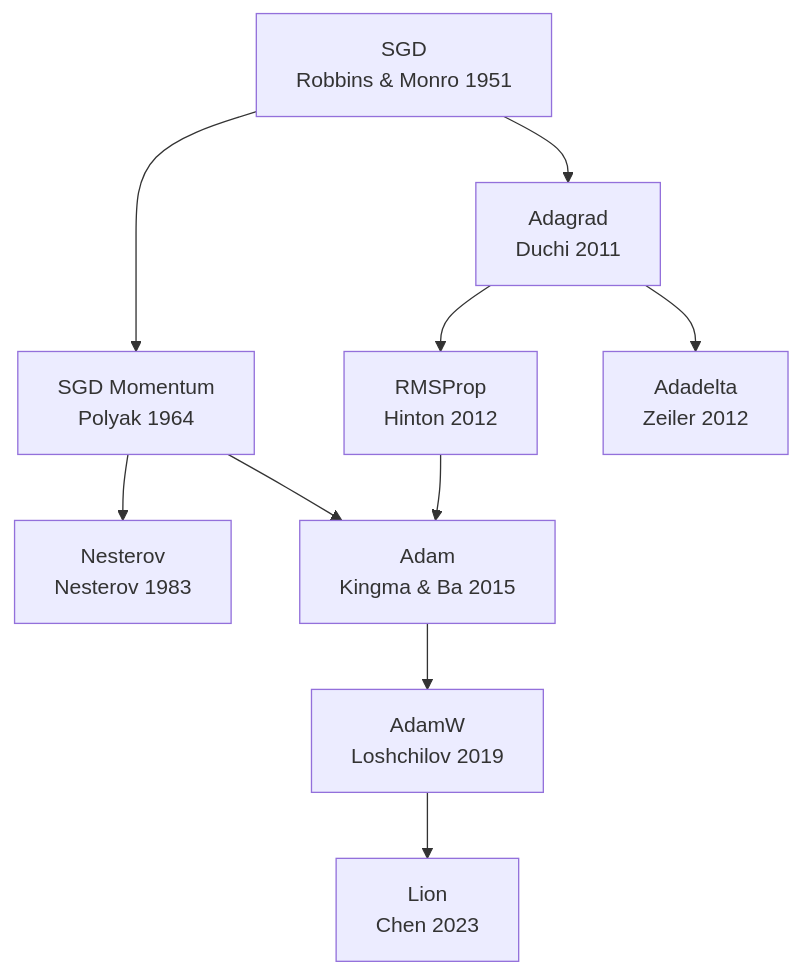
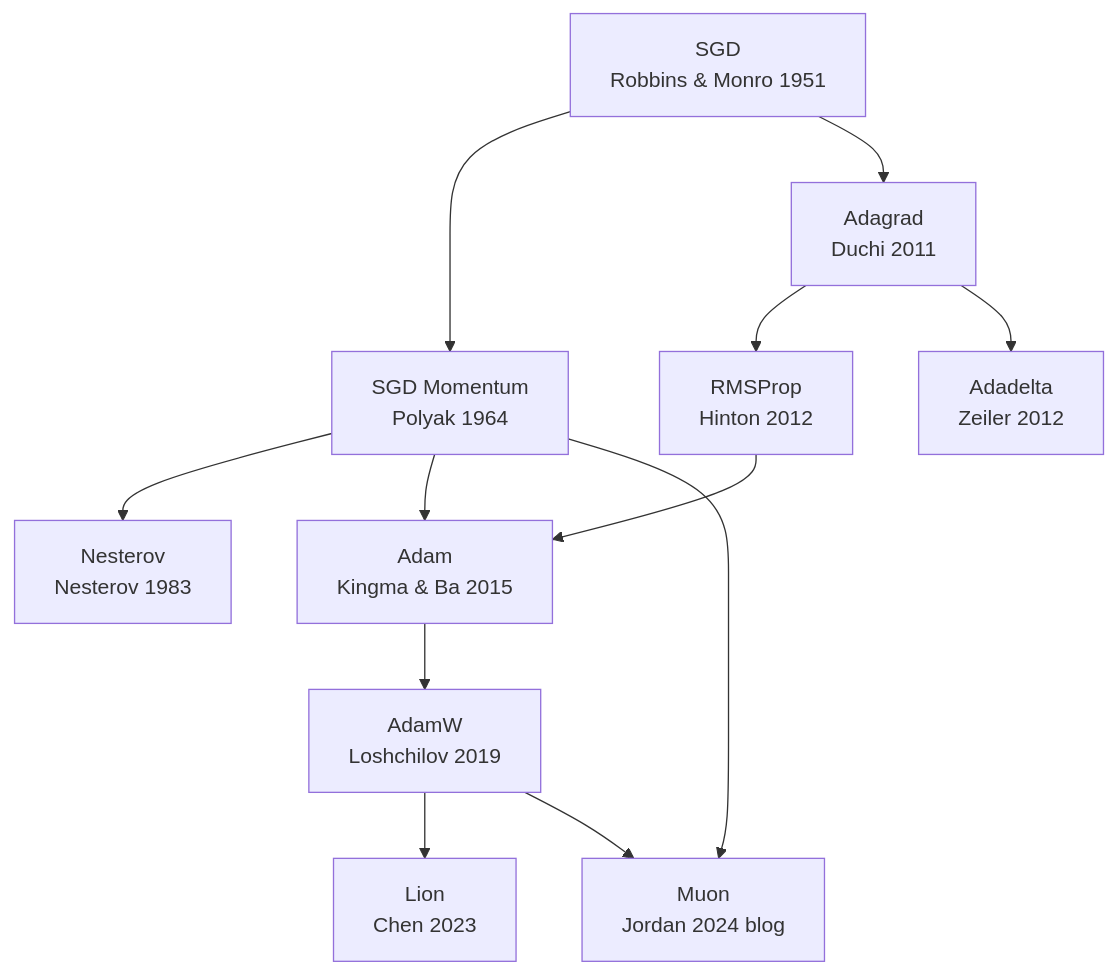
Before and after one commit to ImChong/Robotics_Notebooks: the diagram in wiki/comparisons/deep-learning-optimizers.md, drawn with Mermaid. The commit also changed other lines of this file and 16 other files, not shown here.

````diff
--- a/wiki/comparisons/deep-learning-optimizers.md
+++ b/wiki/comparisons/deep-learning-optimizers.md
@@ -54,18 +59,21 @@
 ```mermaid
 flowchart TD
   SGD["SGD<br/>Robbins & Monro 1951"]
   MOM["SGD Momentum<br/>Polyak 1964"]
   NAG["Nesterov<br/>Nesterov 1983"]
   ADG["Adagrad<br/>Duchi 2011"]
   RMS["RMSProp<br/>Hinton 2012"]
   ADE["Adadelta<br/>Zeiler 2012"]
   ADM["Adam<br/>Kingma & Ba 2015"]
   ADW["AdamW<br/>Loshchilov 2019"]
   LIO["Lion<br/>Chen 2023"]
+  MUO["Muon<br/>Jordan 2024 blog"]
 
   SGD --> MOM --> NAG
   SGD --> ADG --> RMS --> ADM --> ADW
   ADG --> ADE
   MOM --> ADM
+  MOM --> MUO
   ADW --> LIO
+  ADW --> MUO
 ```
````
